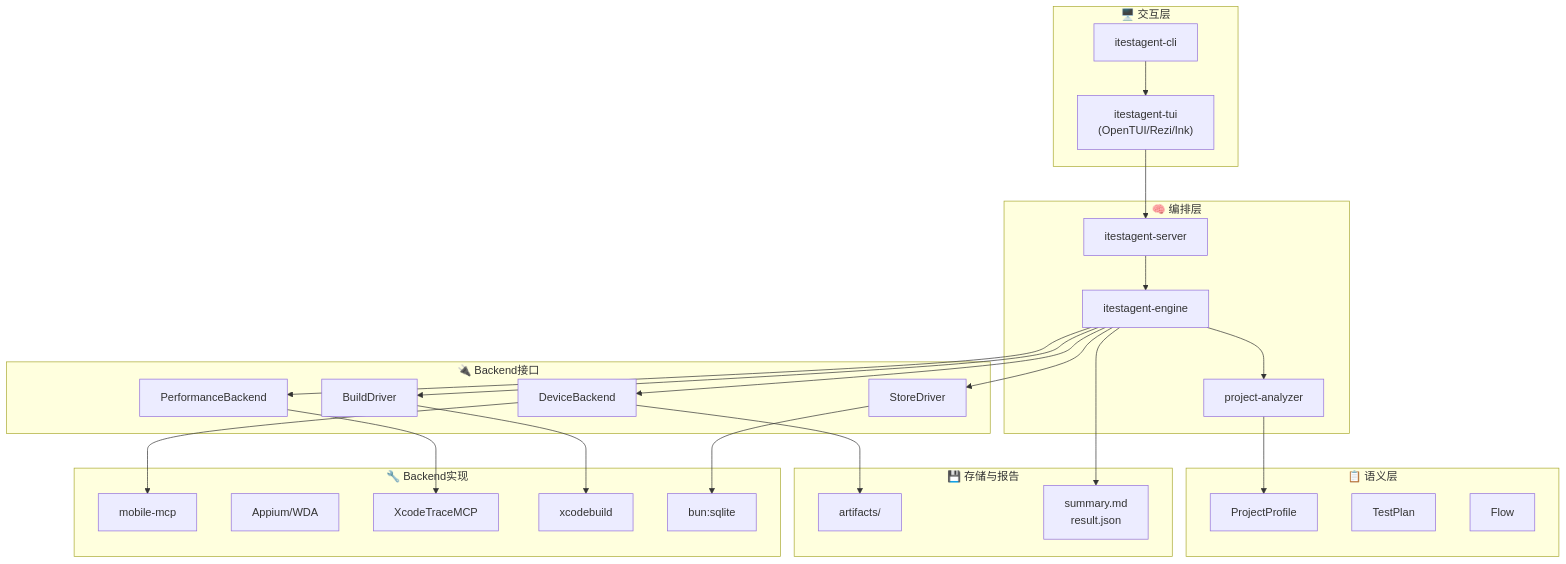
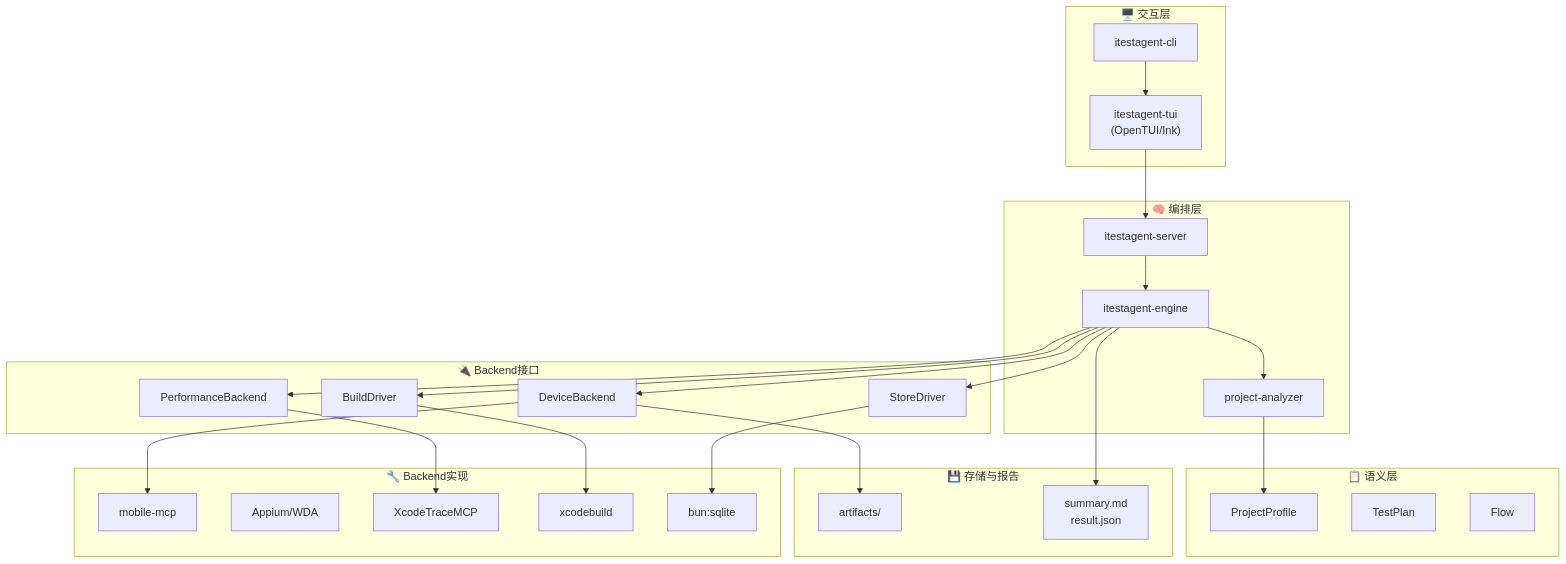
The first of 4 diagrams in docs/02-architecture/架构设计文档.md (logan-suu/iTestAgent), drawn with Mermaid before and after one commit. The commit also changed other lines of this file and 8 other files, not shown here.

````diff
--- a/docs/02-architecture/架构设计文档.md
+++ b/docs/02-architecture/架构设计文档.md
@@ -74,42 +74,42 @@
 ```mermaid
 graph TB
     subgraph 交互层["🖥️ 交互层"]
         CLI["itestagent-cli"]
-        TUI["itestagent-tui<br/>(OpenTUI/Rezi/Ink)"]
+        TUI["itestagent-tui<br/>(OpenTUI/Ink)"]
     end
     subgraph 编排层["🧠 编排层"]
         Server["itestagent-server"]
         Engine["itestagent-engine"]
         Analyzer["project-analyzer"]
     end
     subgraph 语义层["📋 语义层"]
         Profile["ProjectProfile"]
         TestPlan["TestPlan"]
         Flow["Flow"]
     end
     subgraph Backend接口["🔌 Backend接口"]
         DevBackend["DeviceBackend"]
         PerfBackend["PerformanceBackend"]
         BuildBackend["BuildDriver"]
         StoreBackend["StoreDriver"]
     end
     subgraph Backend实现["🔧 Backend实现"]
         MobileMCP["mobile-mcp"]
         Appium["Appium/WDA"]
         XcodeTrace["XcodeTraceMCP"]
         XcodeBuild["xcodebuild"]
         SQLite["bun:sqlite"]
     end
     subgraph 存储层["💾 存储与报告"]
         Artifacts["artifacts/"]
         Reports["summary.md<br/>result.json"]
     end
     CLI --> TUI --> Server --> Engine
     Engine --> Analyzer --> Profile
     Engine --> DevBackend --> MobileMCP
     Engine --> PerfBackend --> XcodeTrace
     Engine --> BuildBackend --> XcodeBuild
     Engine --> StoreBackend --> SQLite
     Engine --> Reports
     DevBackend --> Artifacts
 ```
````
